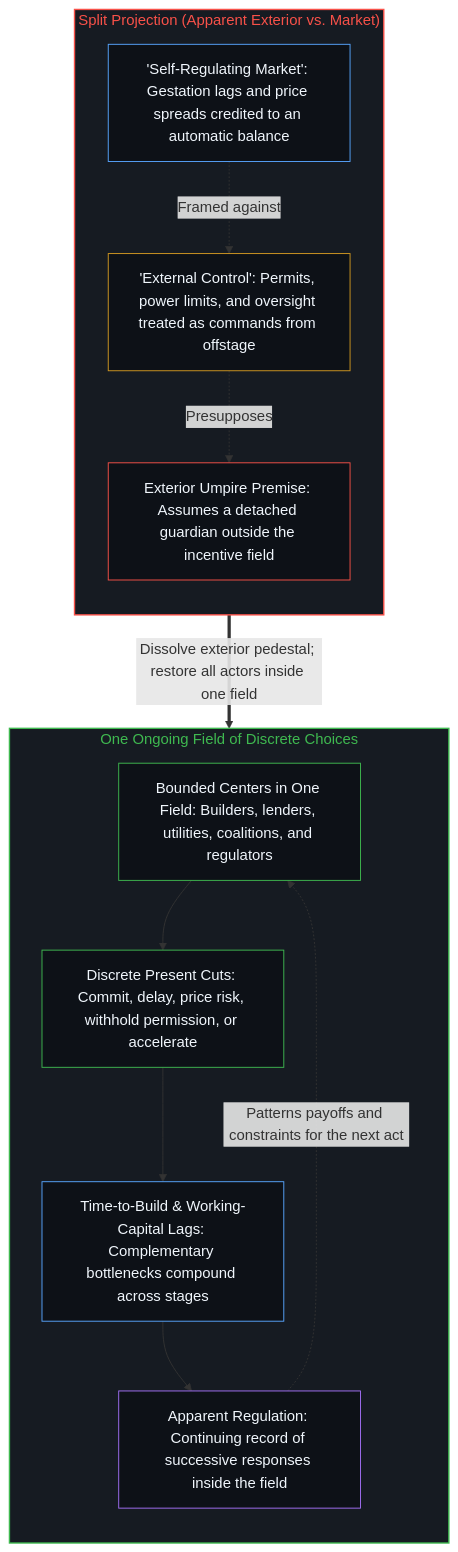
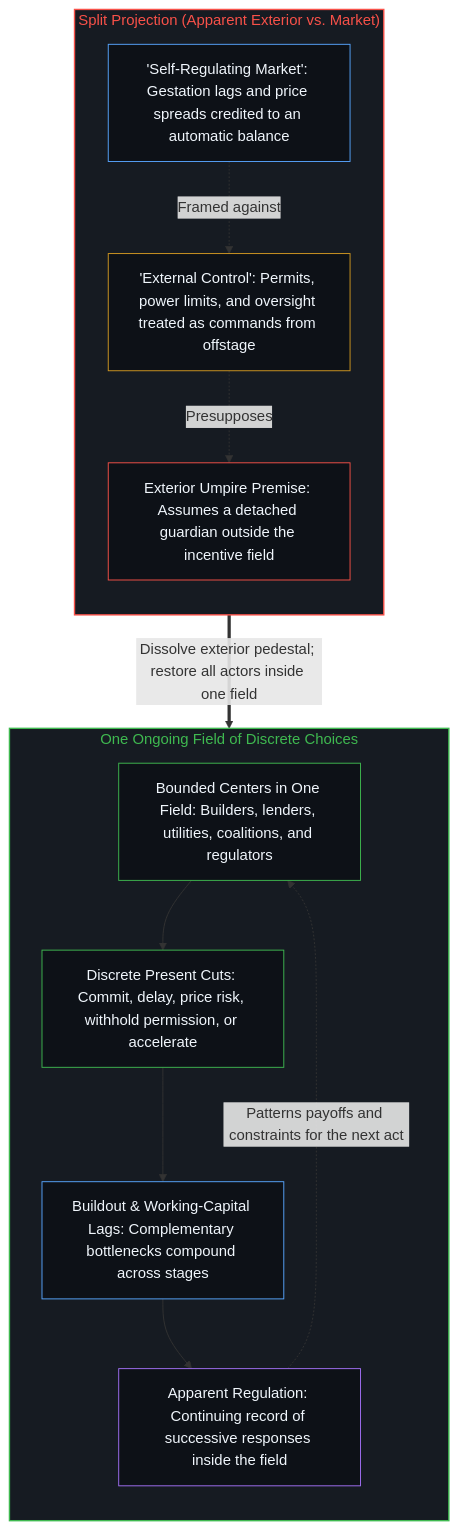
One commit to powerpig99/not-a-toe changed the second of 4 diagrams in content/posts/apparent-regulation-and-the-primacy-of-choice.md. Above: the diagram before and after it, drawn with Mermaid. The commit also changed other lines of this file and 24 other files, not shown here.

````diff
--- a/content/posts/apparent-regulation-and-the-primacy-of-choice.md
+++ b/content/posts/apparent-regulation-and-the-primacy-of-choice.md
@@ -54,30 +54,30 @@
 ```mermaid
 flowchart TD
     subgraph S_Split["Split Projection (Apparent Exterior vs. Market)"]
         direction TB
         P_Mkt["'Self-Regulating Market': Gestation lags and price spreads credited to an automatic balance"]
         P_Ext["'External Control': Permits, power limits, and oversight treated as commands from offstage"]
         P_Ref["Exterior Umpire Premise: Assumes a detached guardian outside the incentive field"]
         P_Mkt -.->|"Framed against"| P_Ext
         P_Ext -.->|"Presupposes"| P_Ref
     end
     subgraph S_Field["One Ongoing Field of Discrete Choices"]
         direction TB
         F_Actors["Bounded Centers in One Field: Builders, lenders, utilities, coalitions, and regulators"]
         F_Acts["Discrete Present Cuts: Commit, delay, price risk, withhold permission, or accelerate"]
-        F_Lag["Time-to-Build & Working-Capital Lags: Complementary bottlenecks compound across stages"]
+        F_Lag["Buildout & Working-Capital Lags: Complementary bottlenecks compound across stages"]
         F_Record["Apparent Regulation: Continuing record of successive responses inside the field"]
         F_Actors --> F_Acts --> F_Lag --> F_Record
     end
     P_Ref ==>|"Dissolve exterior pedestal; restore all actors inside one field"| F_Actors
     F_Record -.->|"Patterns payoffs and constraints for the next act"| F_Actors
     style S_Split fill:#161b22,stroke:#f85149,stroke-width:1.5px,color:#f85149
     style S_Field fill:#161b22,stroke:#3fb950,stroke-width:1.5px,color:#3fb950
     style P_Mkt fill:#0d1117,stroke:#58a6ff,stroke-width:1px,color:#f0f6fc
     style P_Ext fill:#0d1117,stroke:#d29922,stroke-width:1px,color:#f0f6fc
     style P_Ref fill:#0d1117,stroke:#f85149,stroke-width:1px,color:#f0f6fc
     style F_Actors fill:#0d1117,stroke:#3fb950,stroke-width:1px,color:#f0f6fc
     style F_Acts fill:#0d1117,stroke:#3fb950,stroke-width:1px,color:#f0f6fc
     style F_Lag fill:#0d1117,stroke:#58a6ff,stroke-width:1px,color:#f0f6fc
     style F_Record fill:#0d1117,stroke:#a371f7,stroke-width:1px,color:#f0f6fc
 ```
````
